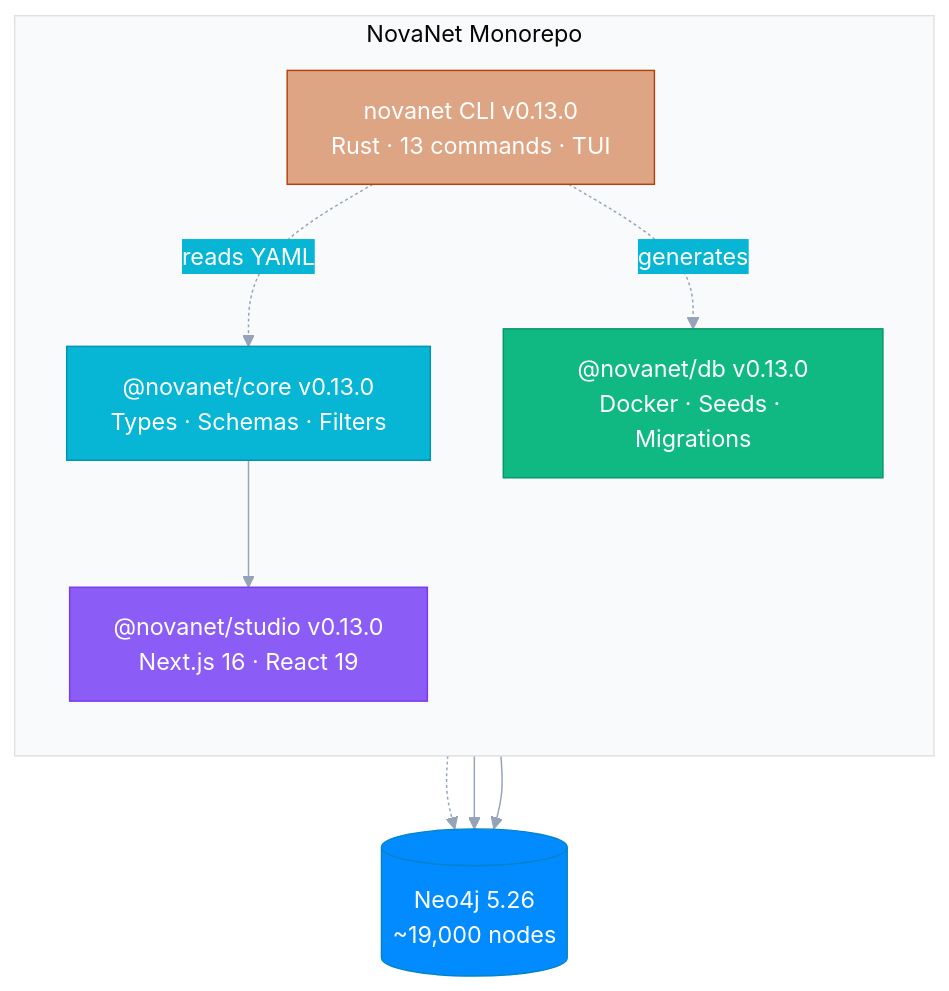
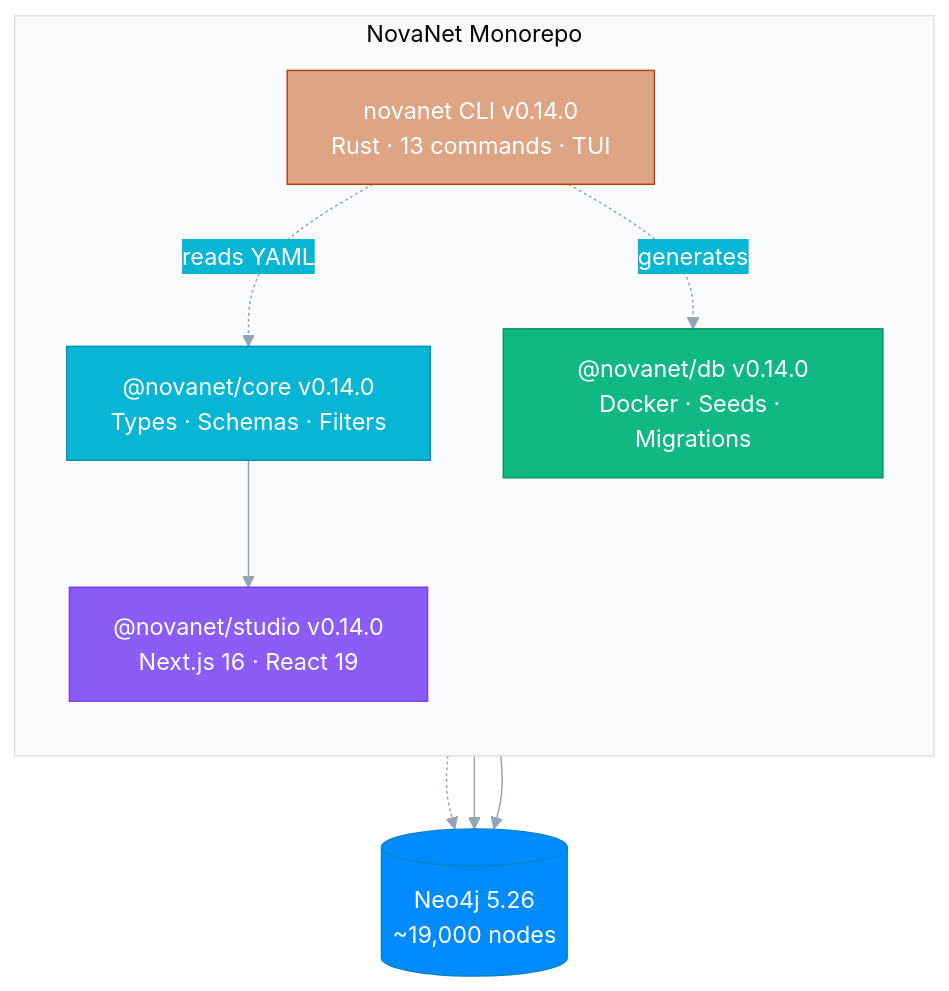
The diagram in README.md (supernovae-st/novanet), drawn with Mermaid before and after one commit. The commit also changed other lines of this file and 3 other files, not shown here.

````diff
--- a/README.md
+++ b/README.md
@@ -46,33 +46,33 @@
 ```mermaid
 %%{init: {'theme': 'base', 'themeVariables': {
   'primaryColor': '#6366f1',
   'primaryTextColor': '#fff',
   'primaryBorderColor': '#4f46e5',
   'lineColor': '#94a3b8',
   'secondaryColor': '#06b6d4',
   'tertiaryColor': '#f8fafc'
 }}}%%
 flowchart TB
     subgraph MONO["NovaNet Monorepo"]
         direction TB
-        CORE["@novanet/core v0.13.0\nTypes · Schemas · Filters"]
-        DB["@novanet/db v0.13.0\nDocker · Seeds · Migrations"]
-        STUDIO["@novanet/studio v0.13.0\nNext.js 16 · React 19"]
-        RUST["novanet CLI v0.13.0\nRust · 13 commands · TUI"]
+        CORE["@novanet/core v0.14.0\nTypes · Schemas · Filters"]
+        DB["@novanet/db v0.14.0\nDocker · Seeds · Migrations"]
+        STUDIO["@novanet/studio v0.14.0\nNext.js 16 · React 19"]
+        RUST["novanet CLI v0.14.0\nRust · 13 commands · TUI"]
     end
 
     CORE --> STUDIO
     RUST -.->|reads YAML| CORE
     RUST -.->|generates| DB
 
     NEO4J[("Neo4j 5.26\n~19,000 nodes")]
     DB -.-> NEO4J
     STUDIO --> NEO4J
     RUST --> NEO4J
 
     style CORE fill:#06b6d4,stroke:#0891b2,color:#fff
     style DB fill:#10b981,stroke:#059669,color:#fff
     style STUDIO fill:#8b5cf6,stroke:#7c3aed,color:#fff
     style RUST fill:#DEA584,stroke:#B7410E,color:#fff
     style NEO4J fill:#018bff,stroke:#0284c7,color:#fff
 ```
````
